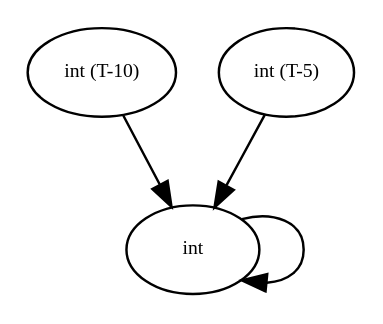
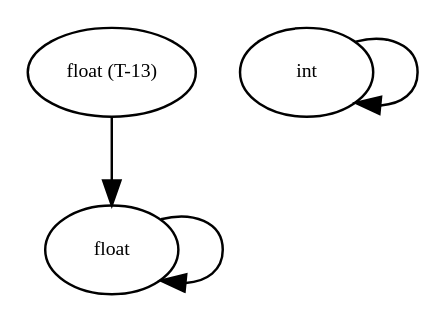
The diagram in graphs/debug_tree3.dot (amso100/livescript-declarations), drawn with Graphviz before and after one commit. The commit also changed 12 other files, not shown here.

```diff
--- a/graphs/debug_tree3.dot
+++ b/graphs/debug_tree3.dot
@@ -1,28 +1,28 @@
 digraph RGL__DirectedAdjacencyGraph {
+    float [
+        fontsize = 8,
+        label = float
+    ]
+
+    "float (T-13)" [
+        fontsize = 8,
+        label = "float (T-13)"
+    ]
+
     int [
         fontsize = 8,
         label = int
     ]
 
-    "int (T-10)" [
-        fontsize = 8,
-        label = "int (T-10)"
+    float -> float [
+        fontsize = 8
     ]
 
-    "int (T-5)" [
-        fontsize = 8,
-        label = "int (T-5)"
+    "float (T-13)" -> float [
+        fontsize = 8
     ]
 
     int -> int [
         fontsize = 8
     ]
-
-    "int (T-10)" -> int [
-        fontsize = 8
-    ]
-
-    "int (T-5)" -> int [
-        fontsize = 8
-    ]
 }
```
